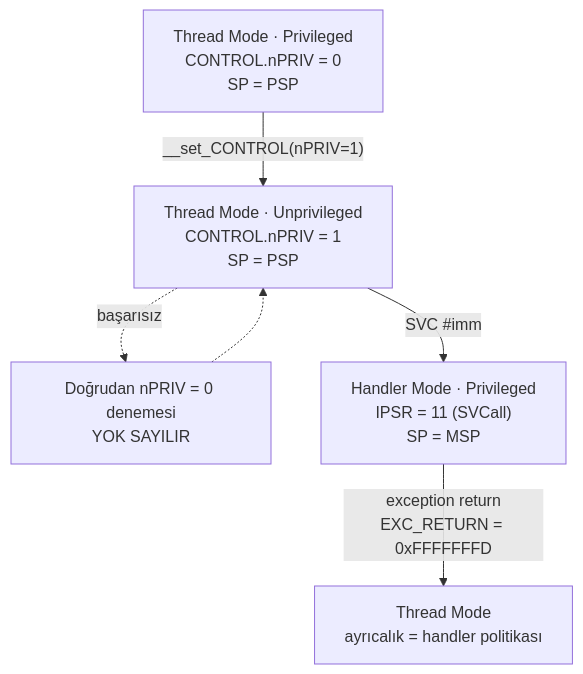
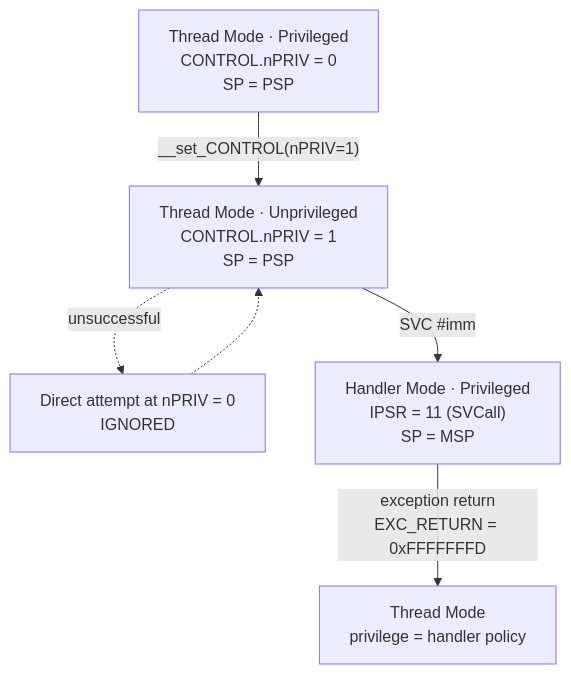
Before and after one commit to Merd0/ARM-Cortex-M-Lab: the diagram in lessons/05-privilege-svc/README.md, drawn with Mermaid. The commit also changed other lines of this file and 19 other files, not shown here.

````diff
--- a/lessons/05-privilege-svc/README.md
+++ b/lessons/05-privilege-svc/README.md
@@ -113,14 +96,14 @@
 ```mermaid
 flowchart TD
     P["Thread Mode · Privileged<br/>CONTROL.nPRIV = 0<br/>SP = PSP"]
     U["Thread Mode · Unprivileged<br/>CONTROL.nPRIV = 1<br/>SP = PSP"]
-    F["Doğrudan nPRIV = 0 denemesi<br/>YOK SAYILIR"]
+    F["Direct attempt at nPRIV = 0<br/>IGNORED"]
     H["Handler Mode · Privileged<br/>IPSR = 11 (SVCall)<br/>SP = MSP"]
-    R["Thread Mode<br/>ayrıcalık = handler politikası"]
+    R["Thread Mode<br/>privilege = handler policy"]
 
     P -->|"__set_CONTROL(nPRIV=1)"| U
-    U -.->|başarısız| F
+    U -.->|unsuccessful| F
     F -.-> U
     U -->|"SVC #imm"| H
     H -->|"exception return<br/>EXC_RETURN = 0xFFFFFFFD"| R
 ```
````
